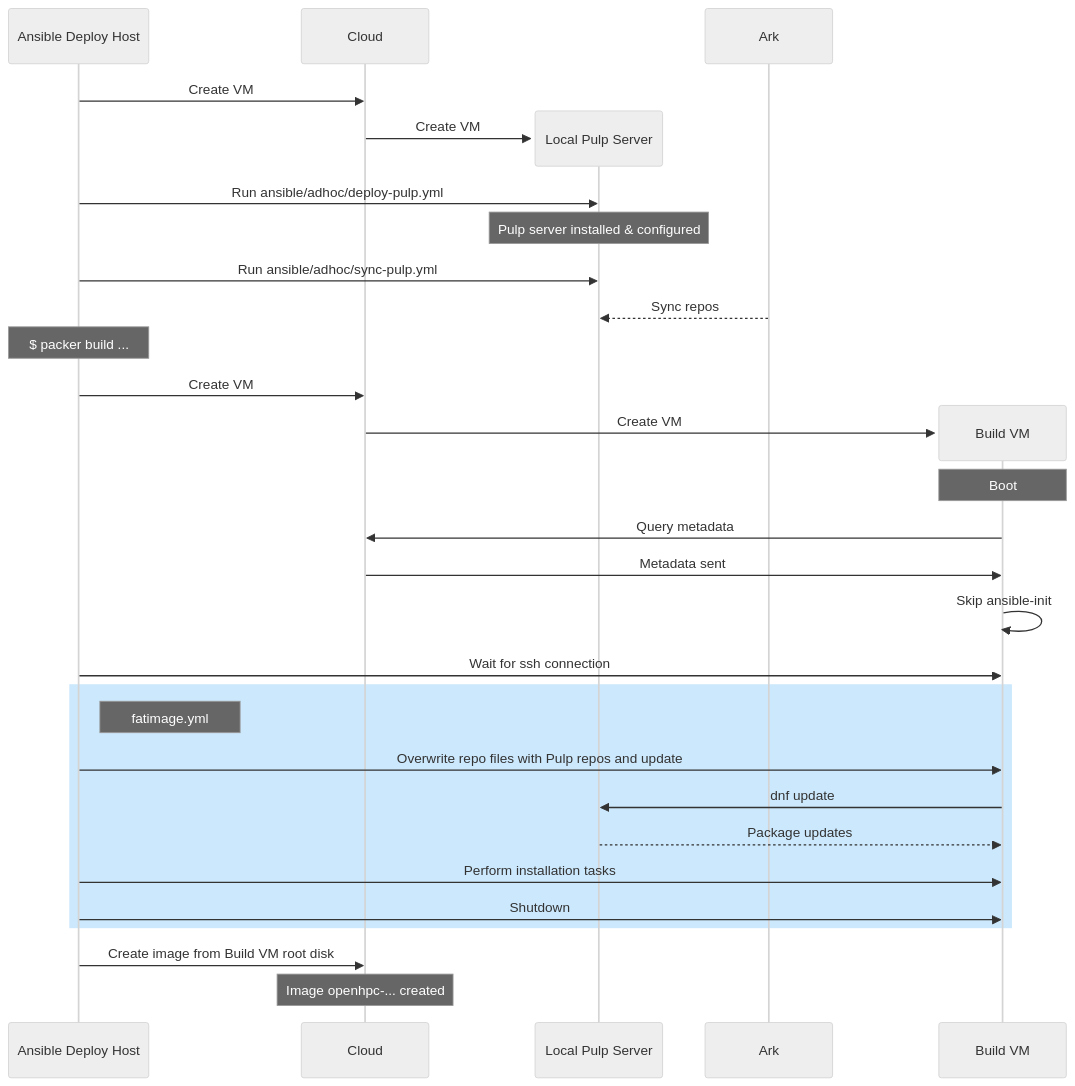
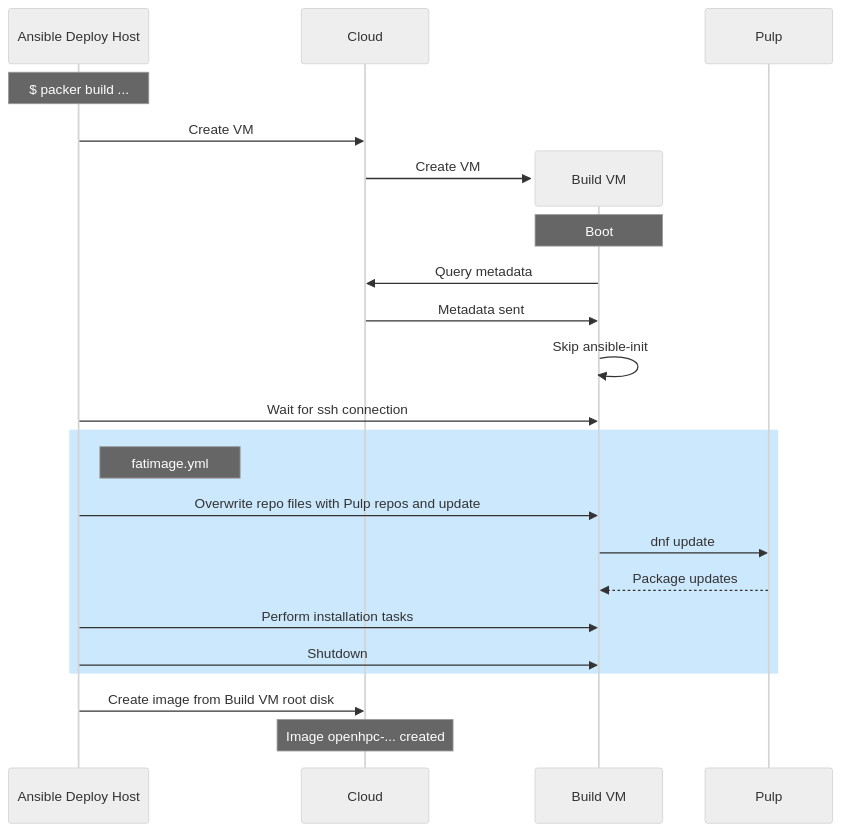
Before and after one commit to stackhpc/ansible-slurm-appliance: the first of 2 diagrams in docs/sequence.md, drawn with Mermaid (neutral theme). The commit also changed other lines of this file, not shown here.

Commit message:
make Pulp generic for build

````diff
--- a/docs/sequence.md
+++ b/docs/sequence.md
@@ -13,34 +22,26 @@
 ```mermaid
 sequenceDiagram
     participant ansible as Ansible Deploy Host
     participant cloud as Cloud
-    ansible->>cloud: Create VM
-    create participant pulp as Local Pulp Server
-    cloud->>pulp: Create VM
-    ansible->>pulp: Run ansible/adhoc/deploy-pulp.yml
-    note over pulp: Pulp server installed & configured
-    ansible->>pulp: Run ansible/adhoc/sync-pulp.yml # needs to point at ark too somehow
-    participant ark as Ark
-    ark-->>pulp: Sync repos
     note over ansible: $ packer build ...
     ansible->>cloud: Create VM
     create participant packer as Build VM
+    participant pulp as Pulp
     cloud->>packer: Create VM
     note over packer: Boot
     packer->>cloud: Query metadata
     cloud->>packer: Metadata sent
     packer->>packer: Skip ansible-init
     ansible->>packer: Wait for ssh connection
     rect rgb(204, 232, 252)
     note right of ansible: fatimage.yml
     ansible->>packer: Overwrite repo files with Pulp repos and update
     packer->>pulp: dnf update
     pulp-->>packer: Package updates
     ansible->>packer: Perform installation tasks
     ansible->>packer: Shutdown
     end
     ansible->>cloud: Create image from Build VM root disk
     destroy packer
     note over cloud: Image openhpc-... created
-
 ```
````
